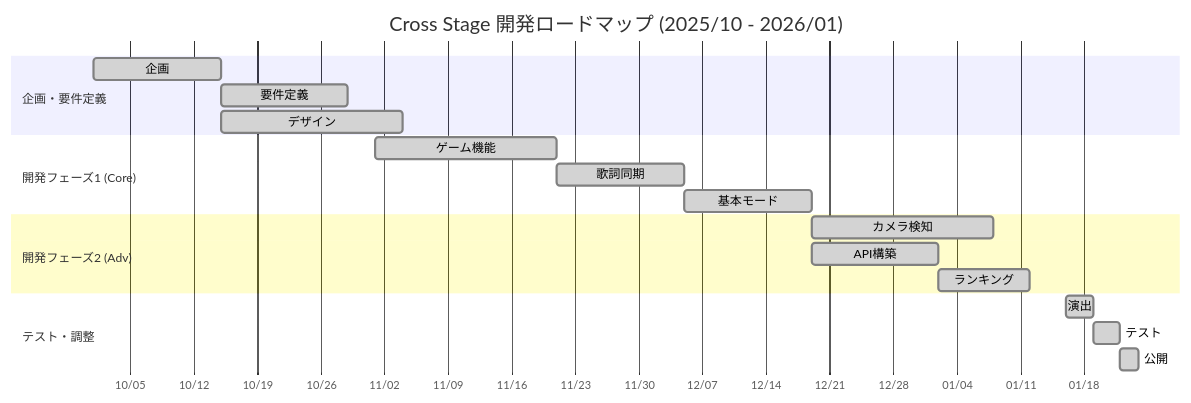
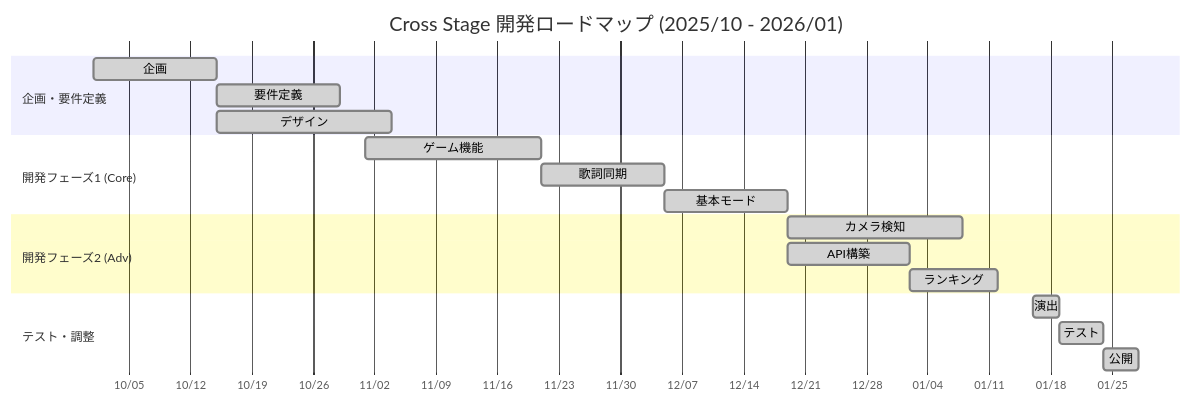
Before and after one commit to syusyusyusyu/star: the sixth of 9 diagrams in README.md, drawn with Mermaid.

Commit message:
fix: テストと公開の期間を延長

````diff
--- a/README.md
+++ b/README.md
@@ -193,26 +193,26 @@
 ```mermaid
 gantt
     title Cross Stage 開発ロードマップ (2025/10 - 2026/01)
     dateFormat  YYYY-MM-DD
     axisFormat %m/%d
     
     section 企画・要件定義
     企画               :done, a1, 2025-10-01, 14d
     要件定義           :done, a2, after a1, 14d
     デザイン           :done, a3, after a1, 20d
     
     section 開発フェーズ1 (Core)
     ゲーム機能       :done, b1, 2025-11-01, 20d
     歌詞同期           :done, b2, after b1, 14d
     基本モード         :done, b3, after b2, 14d
     
     section 開発フェーズ2 (Adv)
     カメラ検知         :done, c1, after b3, 20d
     API構築            :done, c2, after b3, 14d
     ランキング         :done, c3, after c2, 10d
     
     section テスト・調整
     演出               :done, d1, 2026-01-16, 3d
-    テスト             :done, d2, after d1, 3d
-    公開               :done, d3, after d2, 2d
+    テスト             :done, d2, after d1, 5d
+    公開               :done, d3, after d2, 4d
 ```
````
